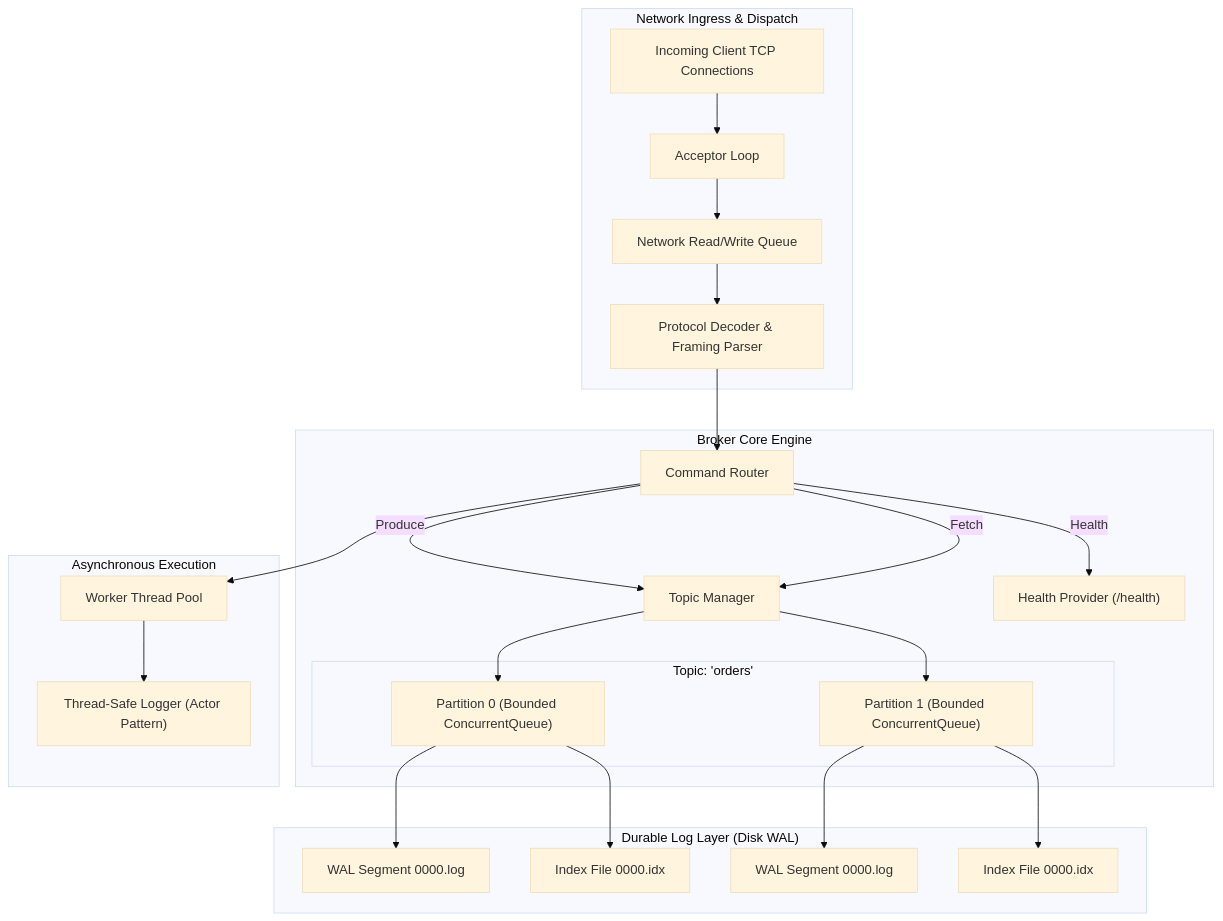
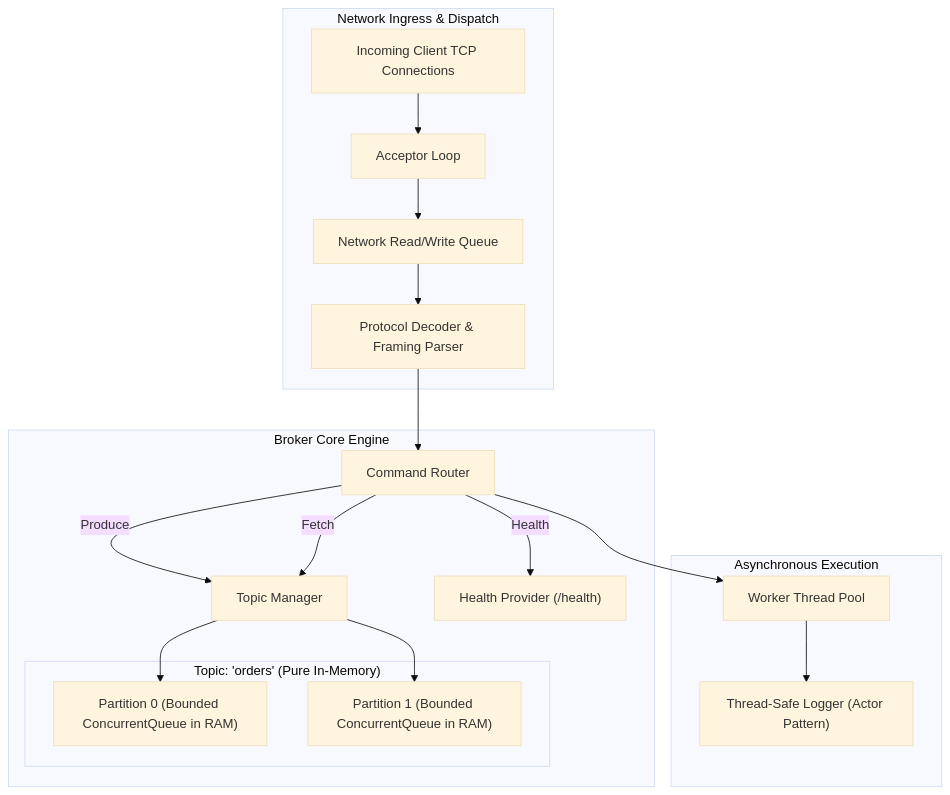
Before and after one commit to ansh0014/Hydra-Stream: the fifth of 12 diagrams in docs/system-diagrams.md, drawn with Mermaid (base theme). The commit also changed other lines of this file, not shown here.

````diff
--- a/docs/system-diagrams.md
+++ b/docs/system-diagrams.md
@@ -195,36 +195,29 @@
 ```mermaid
 flowchart TB
     subgraph INGRESS["Network Ingress & Dispatch"]
         CONN["Incoming Client TCP Connections"] --> ACC["Acceptor Loop"]
         ACC --> WORKER_Q["Network Read/Write Queue"]
         WORKER_Q --> PARSER["Protocol Decoder & Framing Parser"]
     end
 
     subgraph ENGINE["Broker Core Engine"]
         PARSER --> ROUTER["Command Router"]
         ROUTER -->|Produce| TOPIC_MGR["Topic Manager"]
         ROUTER -->|Fetch| TOPIC_MGR
         ROUTER -->|Health| HEALTH_MOD["Health Provider (/health)"]
 
-        subgraph TOPIC_PART["Topic: 'orders'"]
-            PART0["Partition 0 (Bounded ConcurrentQueue)"]
-            PART1["Partition 1 (Bounded ConcurrentQueue)"]
+        subgraph TOPIC_PART["Topic: 'orders' (Pure In-Memory)"]
+            PART0["Partition 0 (Bounded ConcurrentQueue in RAM)"]
+            PART1["Partition 1 (Bounded ConcurrentQueue in RAM)"]
         end
 
         TOPIC_MGR --> PART0
         TOPIC_MGR --> PART1
-    end
-
-    subgraph PERSISTENCE["Durable Log Layer (Disk WAL)"]
-        PART0 --> WAL0["WAL Segment 0000.log"]
-        PART0 --> IDX0["Index File 0000.idx"]
-        PART1 --> WAL1["WAL Segment 0000.log"]
-        PART1 --> IDX1["Index File 0000.idx"]
     end
 
     subgraph POOL["Asynchronous Execution"]
         TH_POOL["Worker Thread Pool"]
         ROUTER --> TH_POOL
         TH_POOL --> SINK_LOG["Thread-Safe Logger (Actor Pattern)"]
     end
 ```
````
